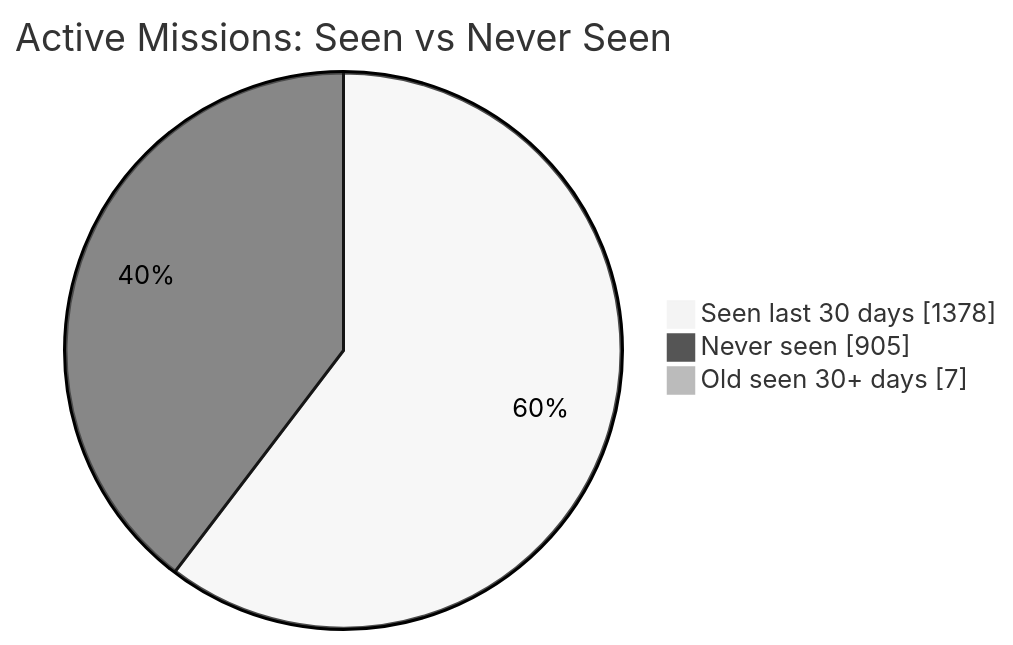
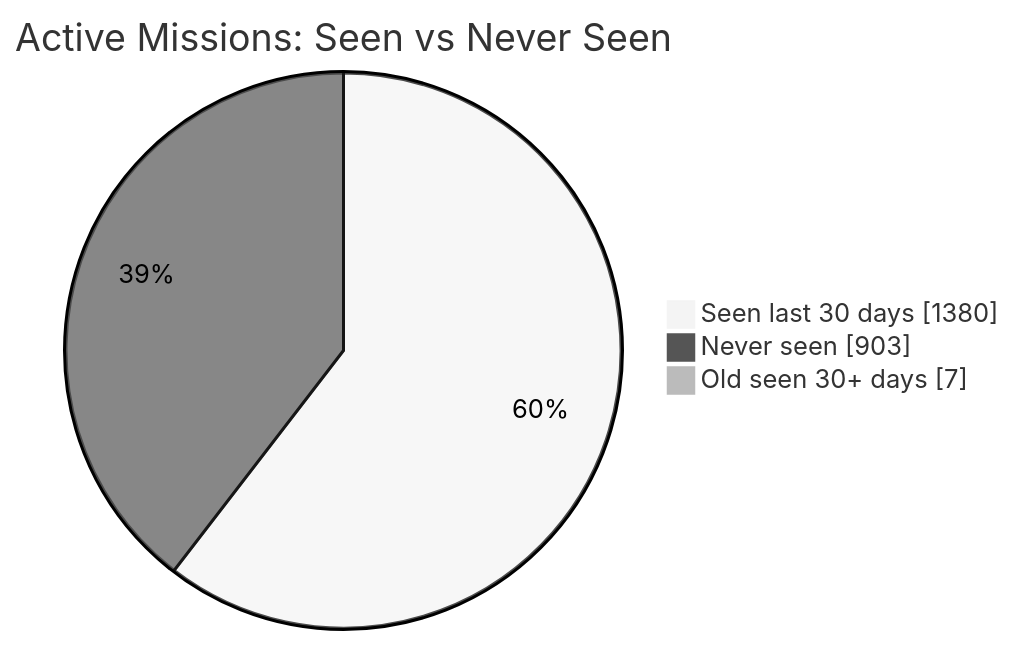
The first of 2 diagrams in README.md (MeldkamerspelGameTeam/active-missions), drawn with Mermaid (neutral theme) before and after one commit. The commit also changed other lines of this file and 2 other files, not shown here.

````diff
--- a/README.md
+++ b/README.md
@@ -34,7 +34,7 @@
 ```mermaid
 pie showData
     title Active Missions: Seen vs Never Seen
-    "Seen last 30 days" : 1378
-    "Never seen" : 905
+    "Seen last 30 days" : 1380
+    "Never seen" : 903
     "Old seen 30+ days" : 7
 ```
````
